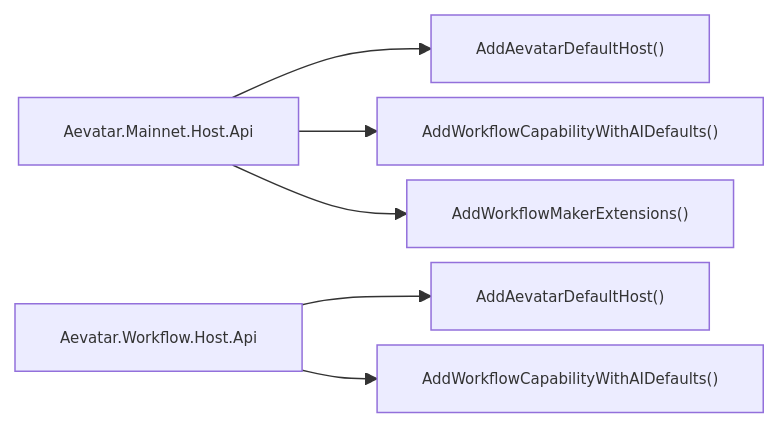
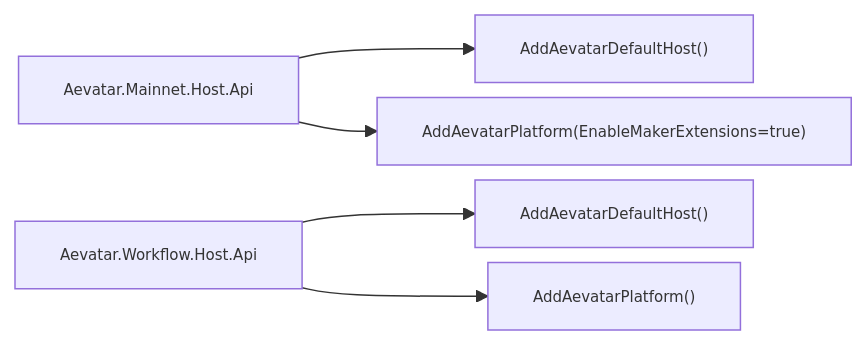
One commit to aevatarAI/aevatar changed the second of 2 diagrams in docs/PROJECT_ARCHITECTURE.md. Above: the diagram before and after it, drawn with Mermaid. The commit also changed other lines of this file and 19 other files, not shown here.

````diff
--- a/docs/PROJECT_ARCHITECTURE.md
+++ b/docs/PROJECT_ARCHITECTURE.md
@@ -27,10 +27,9 @@
 ```mermaid
 %%{init: {"maxTextSize": 100000, "flowchart": {"useMaxWidth": false, "nodeSpacing": 10, "rankSpacing": 50}, "themeVariables": {"fontSize": "10px"}}}%%
 flowchart LR
     MH["Aevatar.Mainnet.Host.Api"] --> H0["AddAevatarDefaultHost()"]
-    MH --> H1["AddWorkflowCapabilityWithAIDefaults()"]
-    MH --> H2["AddWorkflowMakerExtensions()"]
+    MH --> H1["AddAevatarPlatform(EnableMakerExtensions=true)"]
 
     WH["Aevatar.Workflow.Host.Api"] --> W0["AddAevatarDefaultHost()"]
-    WH --> W1["AddWorkflowCapabilityWithAIDefaults()"]
+    WH --> W1["AddAevatarPlatform()"]
 ```
````
